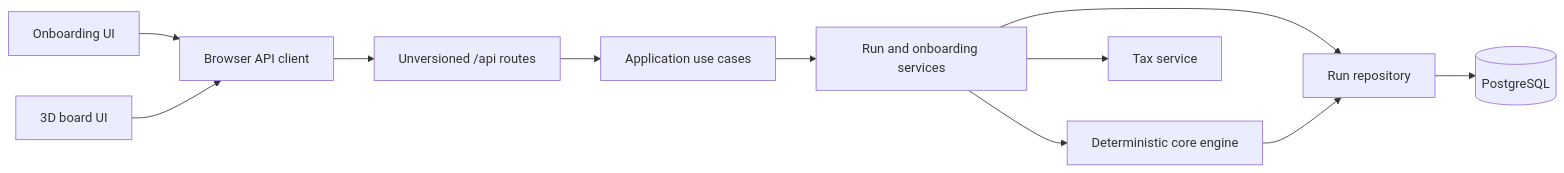
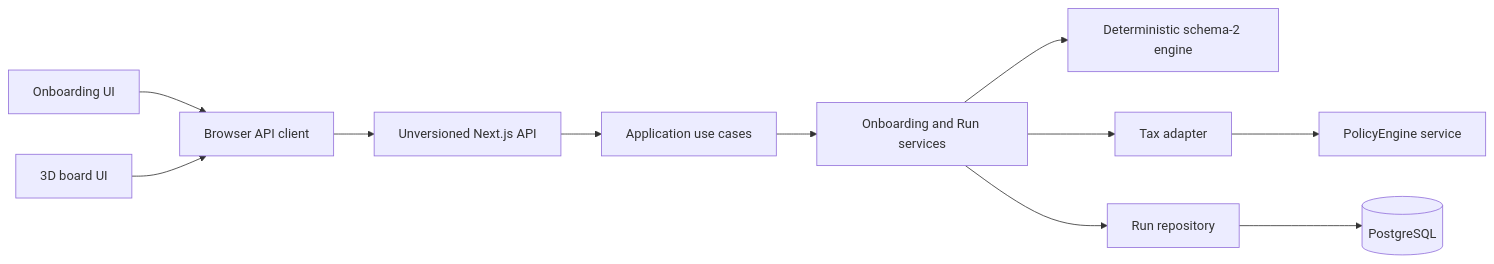
Before and after one commit to tiennguyentony/life_finance: the first of 2 diagrams in docs/architecture/overview.md, drawn with Mermaid. The commit also changed other lines of this file and 14 other files, not shown here.

````diff
--- a/docs/architecture/overview.md
+++ b/docs/architecture/overview.md
@@ -5,13 +5,13 @@
 ```mermaid
 flowchart LR
-  O["Onboarding UI"] --> C["Browser API client"]
-  B["3D board UI"] --> C
-  C --> H["Unversioned /api routes"]
-  H --> U["Application use cases"]
-  U --> S["Run and onboarding services"]
-  S --> E["Deterministic core engine"]
-  S --> R["Run repository"]
-  S --> T["Tax service"]
-  R --> P[("PostgreSQL")]
-  E --> R
+  O[Onboarding UI] --> C[Browser API client]
+  B[3D board UI] --> C
+  C --> H[Unversioned Next.js API]
+  H --> A[Application use cases]
+  A --> S[Onboarding and Run services]
+  S --> E[Deterministic schema-2 engine]
+  S --> T[Tax adapter]
+  S --> R[Run repository]
+  R --> P[(PostgreSQL)]
+  T --> X[PolicyEngine service]
 ```
````
